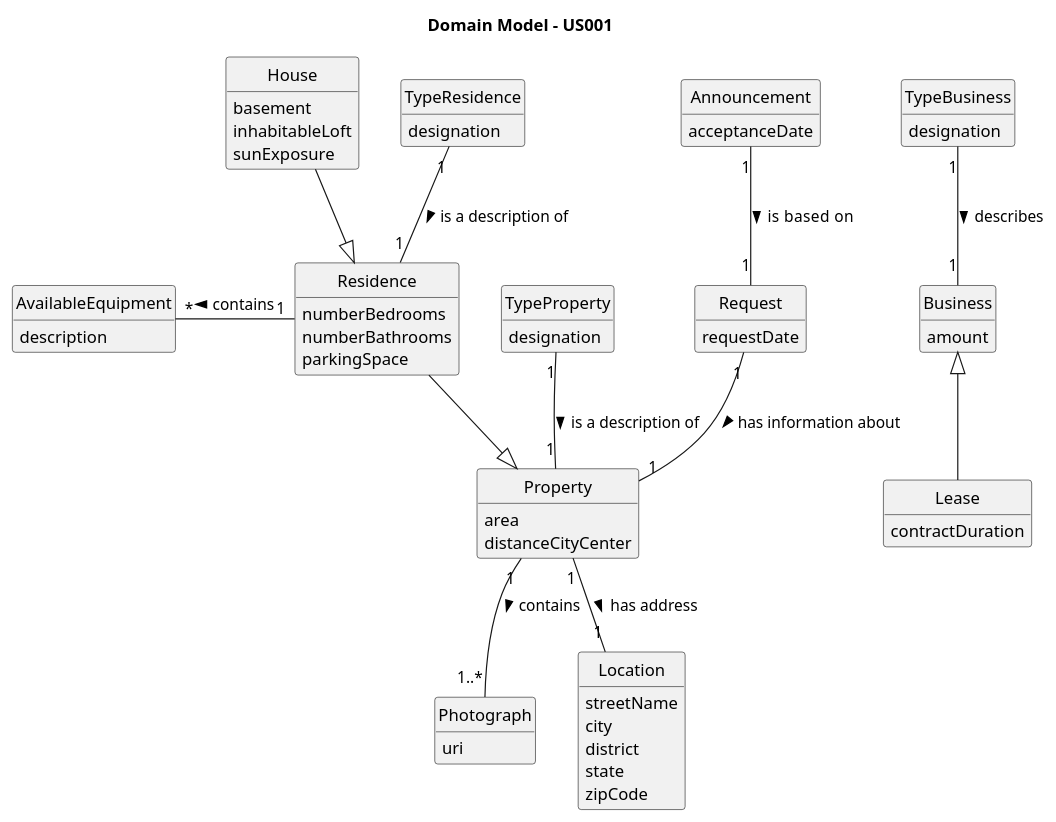
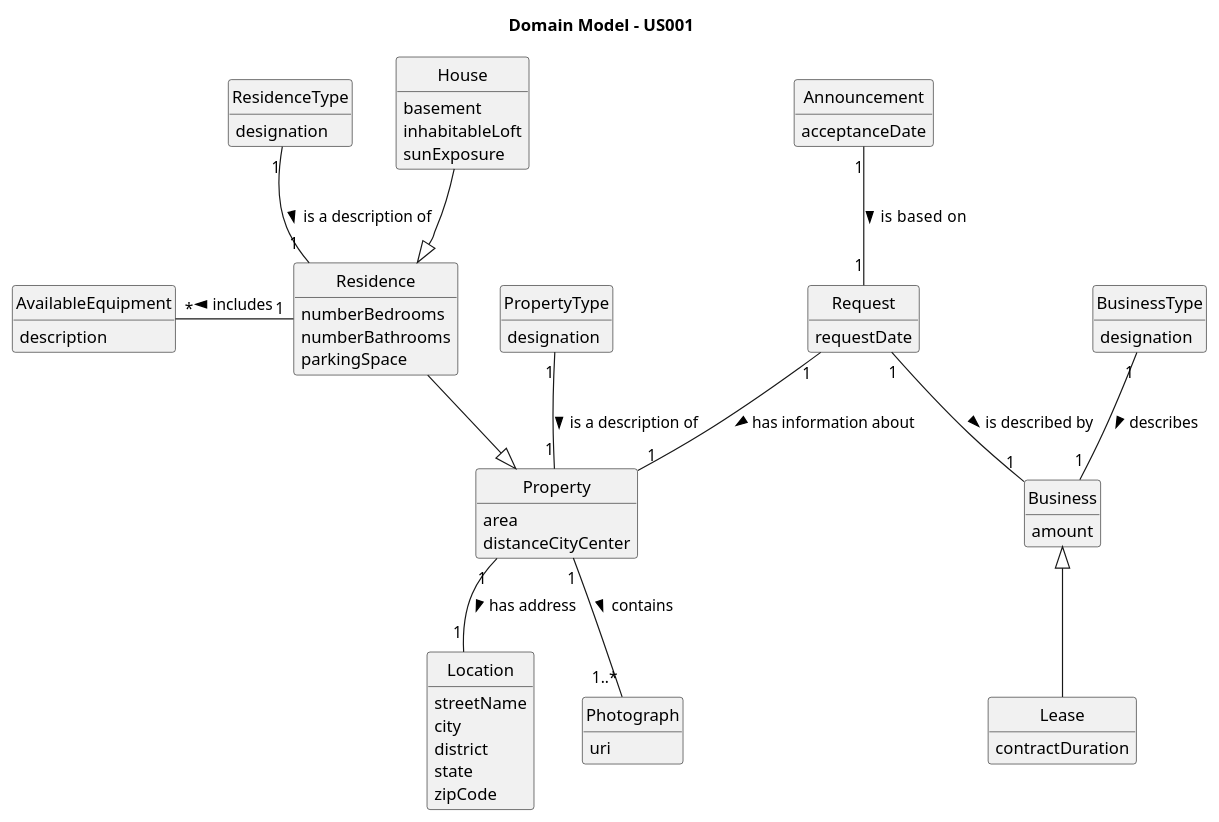
Before and after one commit to rita-barbosa/LAPR2-2223: the diagram in docs/sprintB/us001/02.analysis/puml/us001-domain-model.puml, drawn with PlantUML.

Commit message:
Update Domain Model [US001][Analysis].

```diff
--- a/docs/sprintB/us001/02.analysis/puml/us001-domain-model.puml
+++ b/docs/sprintB/us001/02.analysis/puml/us001-domain-model.puml
@@ -1,86 +1,87 @@
 @startuml
 skinparam monochrome true
 skinparam packageStyle rectangle
 skinparam shadowing false
 
 'left to right direction
 
 skinparam classAttributeIconSize 0
 
 hide circle
 hide methods
 
 title Domain Model - US001
 
 
 class Announcement{
 acceptanceDate
 }
 
 class Property{
  area
  distanceCityCenter
 }
 
 class Residence{
  numberBedrooms
  numberBathrooms
  parkingSpace
 }
 
 class AvailableEquipment{
 description
 }
 
 class House{
  basement
  inhabitableLoft
  sunExposure
 }
 
-class TypeProperty{
+class PropertyType{
 designation
 }
-class TypeResidence{
+class ResidenceType{
 designation
 }
 class Photograph{
 uri
 }
 class Location{
 streetName
 city
 district
 state
 zipCode
 }
 class Business{
 amount
 }
-class TypeBusiness{
+class BusinessType{
 designation
 }
 class Lease{
 contractDuration
 }
 
 class Request{
 requestDate
 }
 
 
 Residence  --|>  Property
 House --|> Residence
-TypeProperty "1" -- "1" Property: is a description of >
-TypeResidence "1" -- "1" Residence: is a description of >
+PropertyType "1" -- "1" Property: is a description of >
+ResidenceType "1" -- "1" Residence: is a description of >
 Property "1" -- "1..*" Photograph: contains >
 Property "1"--"1" Location: has address >
-Residence "1" -left "*"AvailableEquipment: contains >
+Residence "1" -left "*"AvailableEquipment: includes >
 Property "1" -up- "1" Request : < has information about
+Request "1" -- "1" Business: is described by >
 Business <|-- Lease
-TypeBusiness "1" -- "1" Business : describes >
+BusinessType "1" -- "1" Business : describes >
 Announcement "1" -- "1" Request : is  based on >
 
 
 
 @enduml
```
